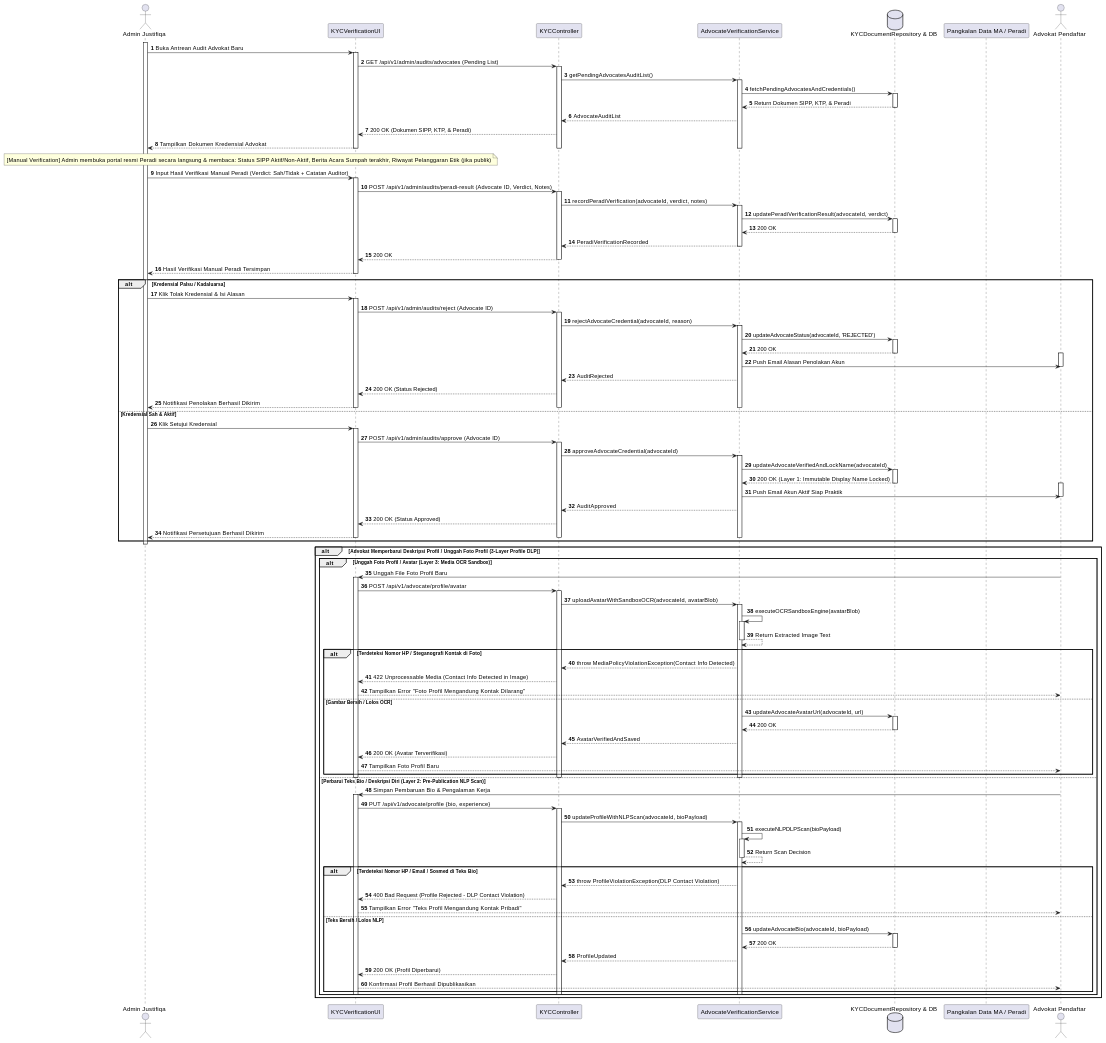
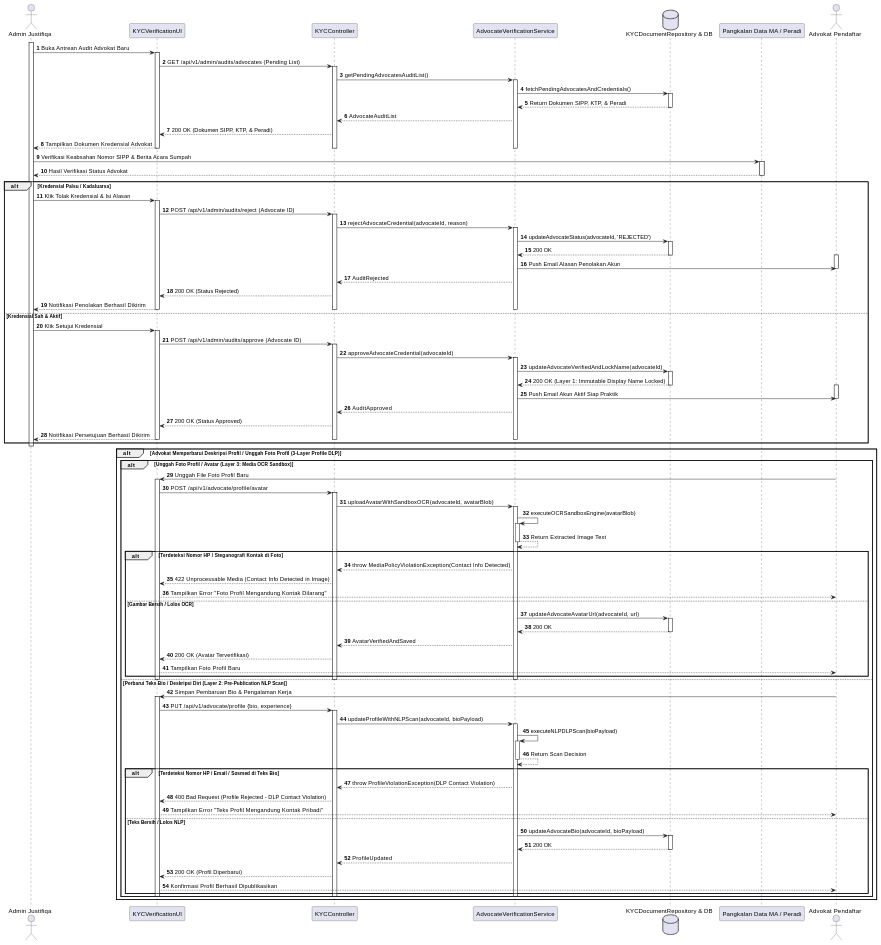
Before and after one commit to tupperwureism/SuperApp-Gagal: the ninth of 30 diagrams in MarkDown/plantuml_sequence_diagrams.md, drawn with PlantUML. The commit also changed other lines of this file and 2 other files, not shown here.

```diff
--- a/MarkDown/plantuml_sequence_diagrams.md
+++ b/MarkDown/plantuml_sequence_diagrams.md
@@ -1189,20 +1200,8 @@
 deactivate CTRL
 deactivate FE
 
-note over Admin, FE : [Manual Verification] Admin membuka portal resmi Peradi secara langsung & membaca: Status SIPP Aktif/Non-Aktif, Berita Acara Sumpah terakhir, Riwayat Pelanggaran Etik (jika publik)
-Admin -> FE ++ : Input Hasil Verifikasi Manual Peradi (Verdict: Sah/Tidak + Catatan Auditor)
-FE -> CTRL ++ : POST /api/v1/admin/audits/peradi-result (Advocate ID, Verdict, Notes)
-CTRL -> SVC ++ : recordPeradiVerification(advocateId, verdict, notes)
-SVC -> REPO : updatePeradiVerificationResult(advocateId, verdict)
-activate REPO
-REPO --> SVC : 200 OK
-deactivate REPO
-SVC --> CTRL : PeradiVerificationRecorded
-deactivate SVC
-CTRL --> FE : 200 OK
-deactivate CTRL
-FE --> Admin : Hasil Verifikasi Manual Peradi Tersimpan
-deactivate FE
+Admin -> Peradi ++ : Verifikasi Keabsahan Nomor SIPP & Berita Acara Sumpah
+Peradi --> Admin -- : Hasil Verifikasi Status Advokat
 
 alt Kredensial Palsu / Kadaluarsa
     Admin -> FE ++ : Klik Tolak Kredensial & Isi Alasan
```
